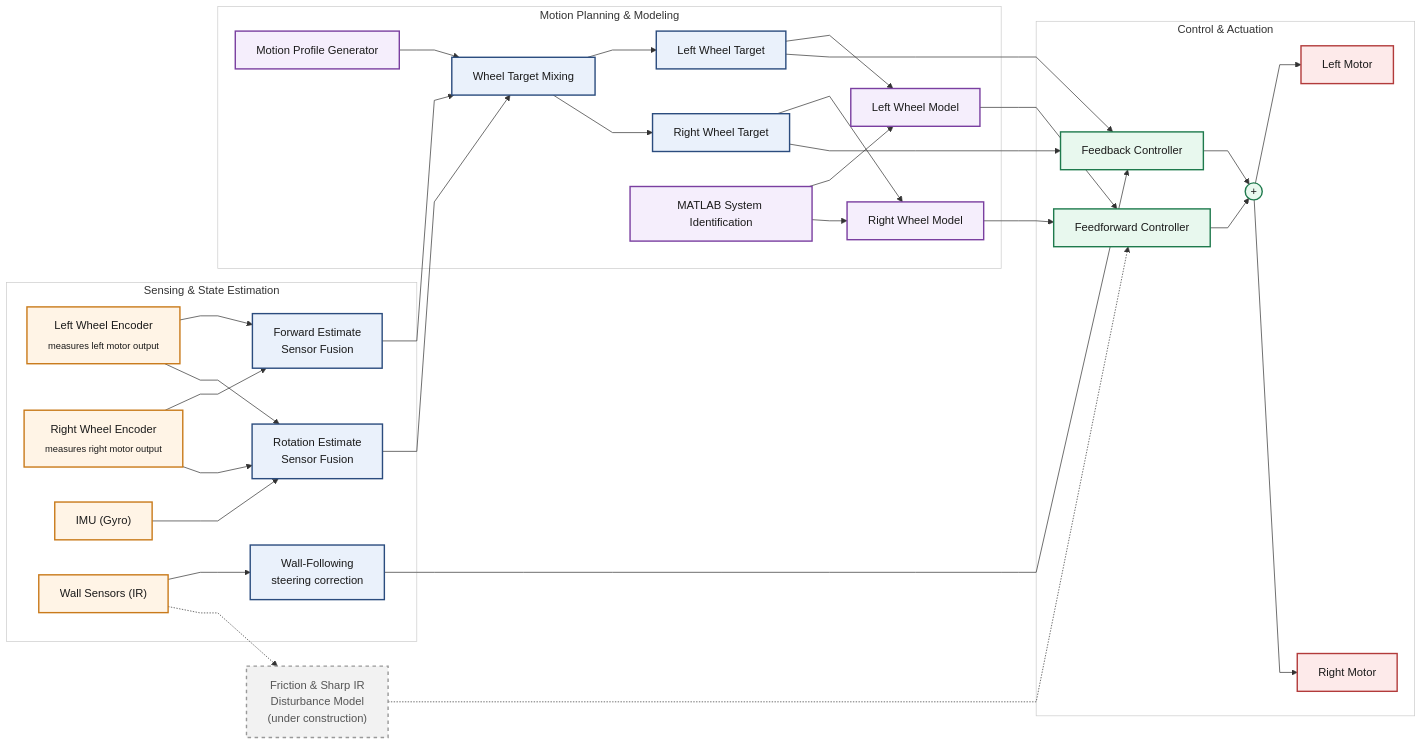
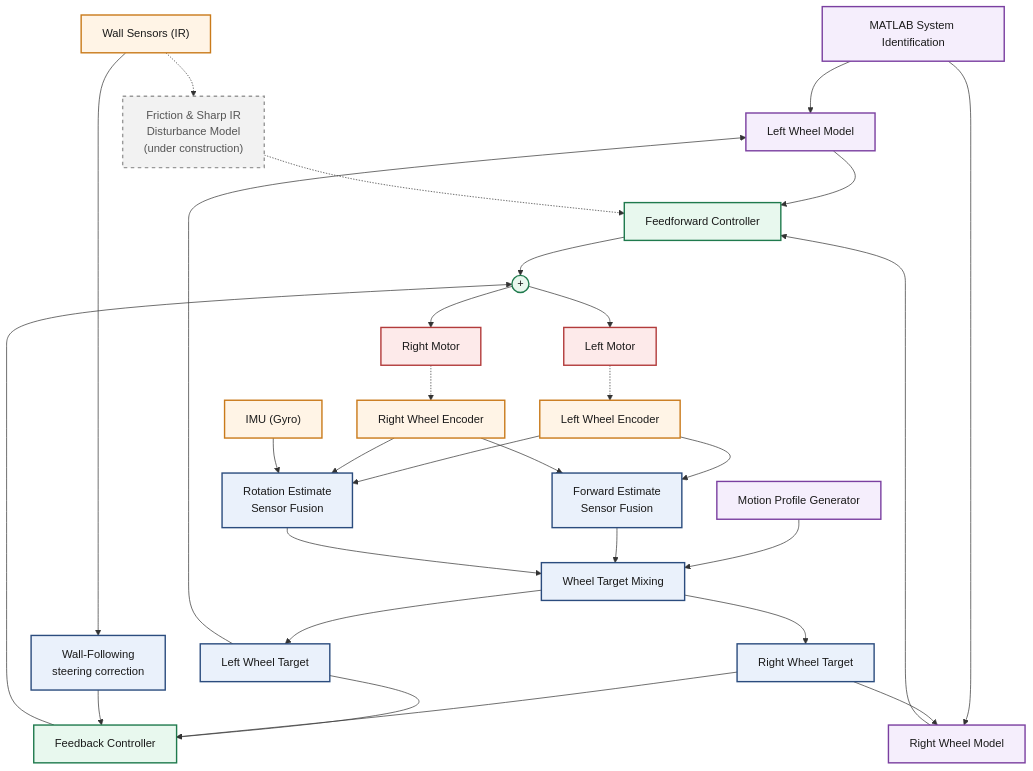
Before and after one commit to denethp/micromouse-showcase: the diagram in README.md, drawn with Mermaid. The commit also changed other lines of this file, not shown here.

First line of the commit message:
Revise flowchart and enhance README content

````diff
--- a/README.md
+++ b/README.md
@@ -119,67 +119,45 @@
 ```mermaid
-%%{init: {'flowchart': {'curve': 'linear'}}}%%
-flowchart LR
-    subgraph SENSE_EST["Sensing &amp; State Estimation"]
-        ENC_L["Left Wheel Encoder<br/><sub>measures left motor output</sub>"]
-        ENC_R["Right Wheel Encoder<br/><sub>measures right motor output</sub>"]
-        IMU["IMU (Gyro)"]
-        WALL["Wall Sensors (IR)"]
-        FWD["Forward Estimate<br/>Sensor Fusion"]
-        ROT["Rotation Estimate<br/>Sensor Fusion"]
-        STEER["Wall-Following<br/>steering correction"]
-    end
+flowchart TD
+    SYSID["MATLAB System Identification"] --> LMODEL["Left Wheel Model"]
+    SYSID --> RMODEL["Right Wheel Model"]
 
-    subgraph PLANNING["Motion Planning &amp; Modeling"]
-        MP["Motion Profile Generator"]
-        MIX["Wheel Target Mixing"]
-        LTARGET["Left Wheel Target"]
-        RTARGET["Right Wheel Target"]
-        SYSID["MATLAB System Identification"]
-        LMODEL["Left Wheel Model"]
-        RMODEL["Right Wheel Model"]
-    end
+    MP["Motion Profile Generator"] --> MIX["Wheel Target Mixing"]
+    FWD["Forward Estimate<br/>Sensor Fusion"] --> MIX
+    ROT["Rotation Estimate<br/>Sensor Fusion"] --> MIX
 
-    subgraph CONTROL_ACT["Control &amp; Actuation"]
-        FF["Feedforward Controller"]
-        FB["Feedback Controller"]
-        SUM(("+"))
-        MOTOR_L["Left Motor"]
-        MOTOR_R["Right Motor"]
-    end
+    MIX --> LTARGET["Left Wheel Target"]
+    MIX --> RTARGET["Right Wheel Target"]
 
-    DIST["Friction &amp; Sharp IR<br/>Disturbance Model<br/>(under construction)"]
-
-    ENC_L --> FWD
-    ENC_R --> FWD
-    ENC_L --> ROT
-    ENC_R --> ROT
-    IMU --> ROT
-    WALL --> STEER
-
-    MP --> MIX
-    FWD --> MIX
-    ROT --> MIX
-    MIX --> LTARGET
-    MIX --> RTARGET
-
-    SYSID --> LMODEL
-    SYSID --> RMODEL
     LTARGET --> LMODEL
     RTARGET --> RMODEL
 
-    WALL -.-> DIST
+    LMODEL --> FF["Feedforward Controller"]
+    RMODEL --> FF
+
+    LTARGET --> FB["Feedback Controller"]
+    RTARGET --> FB
+
+    ENC_L["Left Wheel Encoder"] --> FWD
+    ENC_R["Right Wheel Encoder"] --> FWD
+
+    ENC_L --> ROT
+    ENC_R --> ROT
+    IMU["IMU (Gyro)"] --> ROT
+
+    WALL["Wall Sensors (IR)"] --> STEER["Wall-Following<br/>steering correction"]
+    STEER --> FB
+
+    WALL -.-> DIST["Friction &amp; Sharp IR<br/>Disturbance Model<br/>(under construction)"]
     DIST -.-> FF
 
-    LMODEL --> FF
-    RMODEL --> FF
-    LTARGET --> FB
-    RTARGET --> FB
-    STEER --> FB
+    FF --> SUM(("+"))
+    FB --> SUM
 
-    FF --> SUM
-    FB --> SUM
-    SUM --> MOTOR_L
-    SUM --> MOTOR_R
+    SUM --> MOTOR_L["Left Motor"]
+    SUM --> MOTOR_R["Right Motor"]
+
+    MOTOR_L -.-> ENC_L
+    MOTOR_R -.-> ENC_R
 
     classDef model fill:#f5eefc,stroke:#7a3fa0,stroke-width:2px,color:#1a1a1a;
     classDef sensor fill:#fff4e6,stroke:#c97a1a,stroke-width:2px,color:#1a1a1a;
@@ -194,8 +172,4 @@
     class FF,FB,SUM controller;
     class MOTOR_L,MOTOR_R motor;
     class DIST wip;
-
-    style SENSE_EST fill:#ffffff,stroke:#cccccc,stroke-width:1px;
-    style PLANNING fill:#ffffff,stroke:#cccccc,stroke-width:1px;
-    style CONTROL_ACT fill:#ffffff,stroke:#cccccc,stroke-width:1px;
 ```
````
